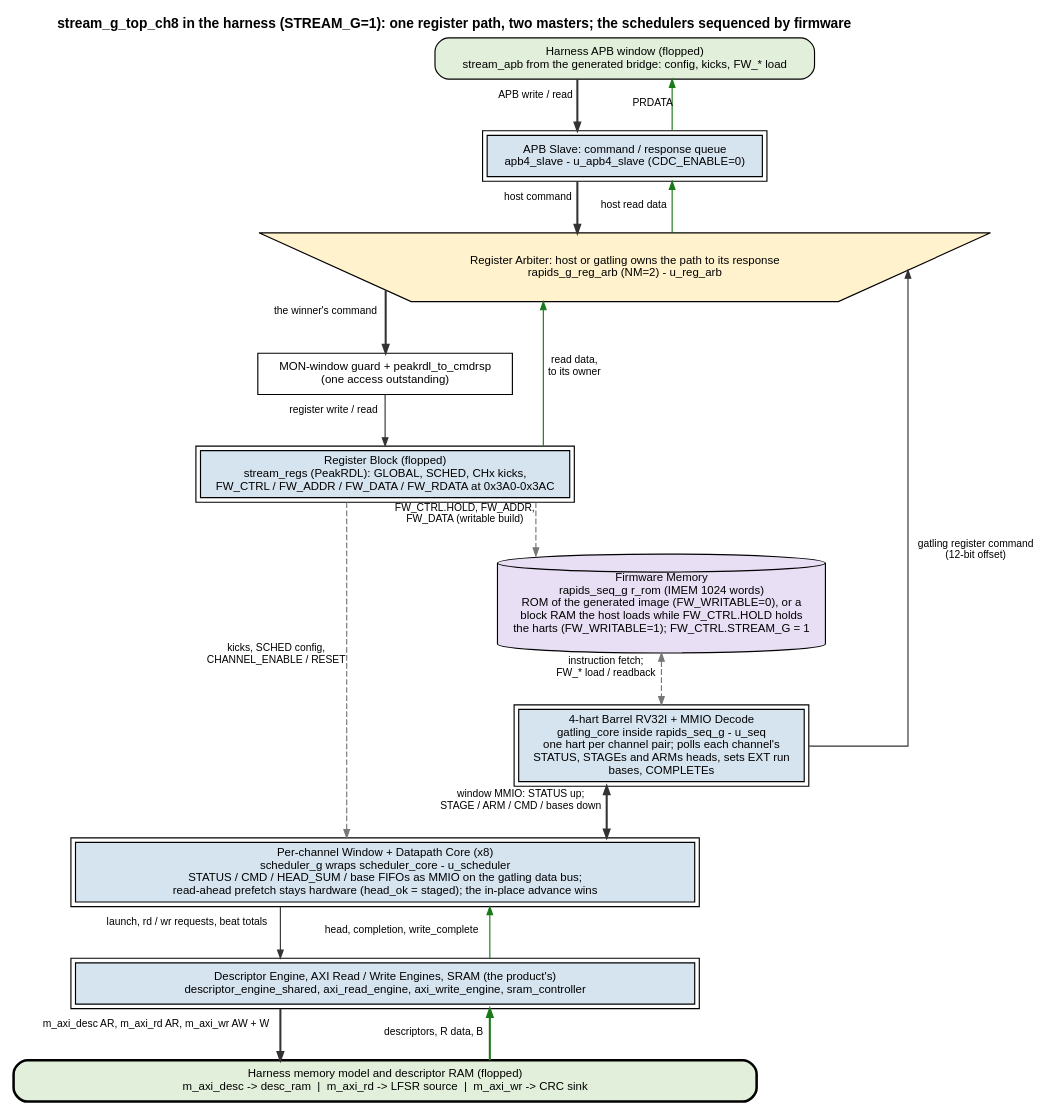
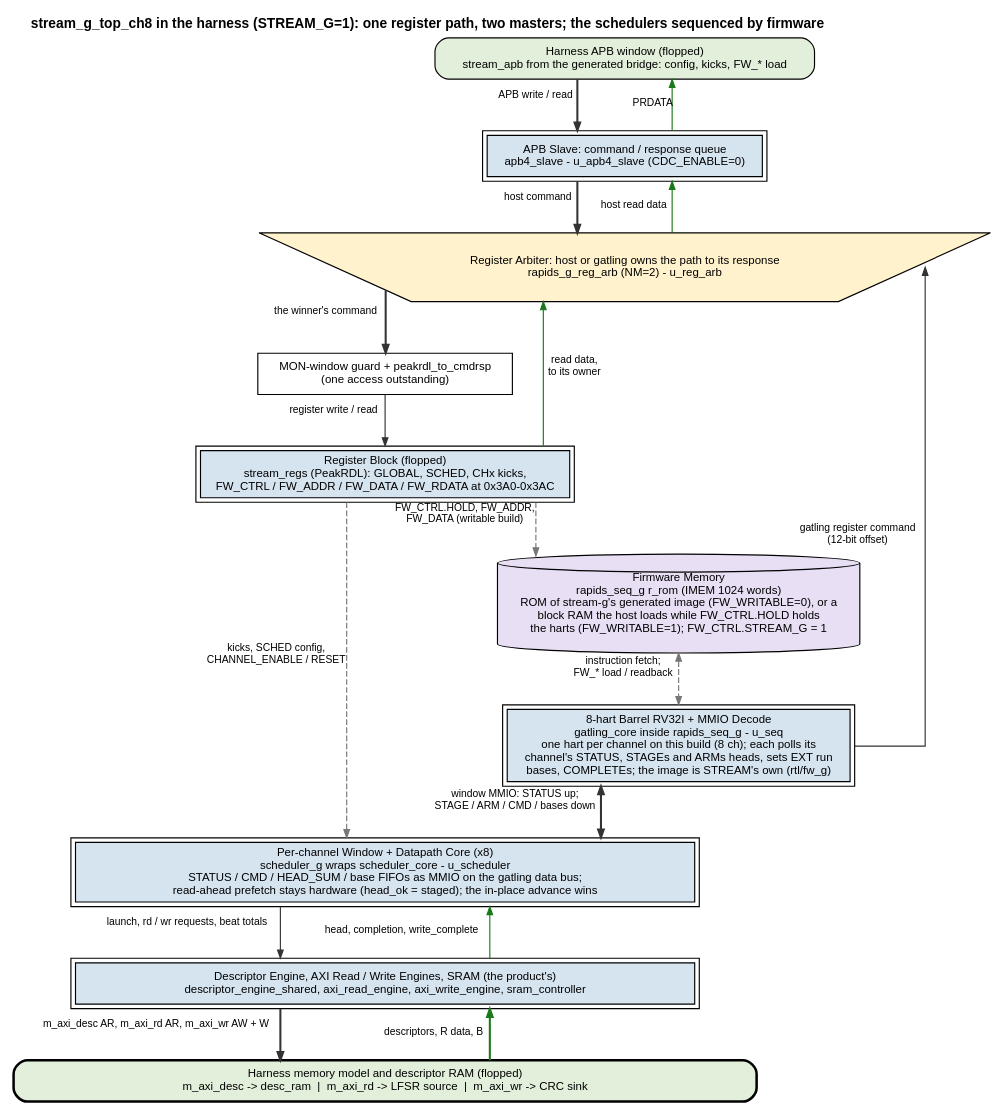
One commit to sean-galloway/RTLDesignSherpa changed the diagram in projects/fpga-systems/Genesys2/dma-ip/stream/docs/stream_fpga_system/assets/graphviz/06_stream_g_dut.dot. Above: the diagram before and after it, drawn with Graphviz. The commit also changed 45 other files, not shown here.

```diff
--- a/projects/fpga-systems/Genesys2/dma-ip/stream/docs/stream_fpga_system/assets/graphviz/06_stream_g_dut.dot
+++ b/projects/fpga-systems/Genesys2/dma-ip/stream/docs/stream_fpga_system/assets/graphviz/06_stream_g_dut.dot
@@ -1,49 +1,49 @@
 // Figure 5.1 -- the stream-g DUT (stream_g_top_ch8) inside the harness, in the
 // house style (vault/handbook/authoring/block-diagrams.md). What the STREAM_G
 // build changes is the register path and the schedulers; the engines, the
 // SRAM and the masters are the product's. Control runs down the center: the
 // host's APB and the gatling's register mailbox meet at the register arbiter
 // (a genuine many-to-one pick, one access owns the path to its response) and
 // enter the one PeakRDL register block; the schedulers' windows are MMIO on
 // the gatling's data bus, not registers. The firmware memory is a ROM, or a
 // block RAM loaded through FW_CTRL/FW_ADDR/FW_DATA with FW_WRITABLE=1. Read
 // data (register reads) climbs the right in green. Sources:
 // stream/rtl/top_g/generated/stream_g_top_ch8.sv, top_g/stream_g_top_reg_arb.svh,
 // top_g/stream_g_top_fw.svh, macro_g/scheduler_group_array_g_seq.svh,
 // rapids/rtl/macro_g/rapids_seq_g.sv, stream/rtl/fub_g/scheduler_g.sv.
 digraph stream_g_dut {
     graph [rankdir=TB, bgcolor="white", fontname="Helvetica", fontsize=12,
            nodesep="0.90", ranksep="0.62", splines=ortho, newrank=true,
            label=<<B>stream_g_top_ch8 in the harness (STREAM_G=1): one register path, two masters; the schedulers sequenced by firmware</B>>, labelloc=t, labeljust=c];
     node  [fontname="Helvetica", fontsize=10, shape=box, style=filled,
            fillcolor="white", color="black", margin="0.12,0.06"];
     edge  [fontname="Helvetica", fontsize=9, color="#333333", arrowsize=0.7];
 
     apb   [group=C, label="Harness APB window (flopped)\nstream_apb from the generated bridge: config, kicks, FW_* load", style="rounded,filled", fillcolor="#E2EFDA"];
     slv   [group=C, label="APB Slave: command / response queue\napb4_slave - u_apb4_slave (CDC_ENABLE=0)", peripheries=2, fillcolor="#D6E4F0"];
     arb   [group=C, label="Register Arbiter: host or gatling owns the path to its response\nrapids_g_reg_arb (NM=2) - u_reg_arb", shape=invtrapezium, width=6.5, fillcolor="#FFF2CC"];
     guard [group=C, label="MON-window guard + peakrdl_to_cmdrsp\n(one access outstanding)", fillcolor="white"];
     regs  [group=C, label="Register Block (flopped)\nstream_regs (PeakRDL): GLOBAL, SCHED, CHx kicks,\nFW_CTRL / FW_ADDR / FW_DATA / FW_RDATA at 0x3A0-0x3AC", peripheries=2, fillcolor="#D6E4F0"];
-    fwmem [group=R, label="Firmware Memory\nrapids_seq_g r_rom (IMEM 1024 words)\nROM of the generated image (FW_WRITABLE=0), or a\nblock RAM the host loads while FW_CTRL.HOLD holds\nthe harts (FW_WRITABLE=1); FW_CTRL.STREAM_G = 1", shape=cylinder, fillcolor="#E8DFF5"];
-    gat   [group=R, label="4-hart Barrel RV32I + MMIO Decode\ngatling_core inside rapids_seq_g - u_seq\none hart per channel pair; polls each channel's\nSTATUS, STAGEs and ARMs heads, sets EXT run\nbases, COMPLETEs", peripheries=2, fillcolor="#D6E4F0"];
+    fwmem [group=R, label="Firmware Memory\nrapids_seq_g r_rom (IMEM 1024 words)\nROM of stream-g's generated image (FW_WRITABLE=0), or a\nblock RAM the host loads while FW_CTRL.HOLD holds\nthe harts (FW_WRITABLE=1); FW_CTRL.STREAM_G = 1", shape=cylinder, fillcolor="#E8DFF5"];
+    gat   [group=R, label="8-hart Barrel RV32I + MMIO Decode\ngatling_core inside rapids_seq_g - u_seq\none hart per channel on this build (8 ch); each polls its\nchannel's STATUS, STAGEs and ARMs heads, sets EXT run\nbases, COMPLETEs; the image is STREAM's own (rtl/fw_g)", peripheries=2, fillcolor="#D6E4F0"];
     win   [group=C, label="Per-channel Window + Datapath Core (x8)\nscheduler_g wraps scheduler_core - u_scheduler\nSTATUS / CMD / HEAD_SUM / base FIFOs as MMIO on the gatling data bus;\nread-ahead prefetch stays hardware (head_ok = staged); the in-place advance wins", peripheries=2, width=7.5, fillcolor="#D6E4F0"];
     eng   [group=C, label="Descriptor Engine, AXI Read / Write Engines, SRAM (the product's)\ndescriptor_engine_shared, axi_read_engine, axi_write_engine, sram_controller", peripheries=2, width=7.5, fillcolor="#D6E4F0"];
     bar   [group=C, label="Harness memory model and descriptor RAM (flopped)\nm_axi_desc -> desc_ram  |  m_axi_rd -> LFSR source  |  m_axi_wr -> CRC sink", style="rounded,filled", fillcolor="#E2EFDA", penwidth=2.2, width=9];
 
     apb   -> slv   [penwidth=1.8, xlabel="APB write / read"];
     slv   -> apb   [color="#1A7A1A", xlabel="PRDATA"];
     slv   -> arb   [penwidth=1.8, xlabel="host command"];
     arb   -> slv   [color="#1A7A1A", xlabel="host read data"];
     arb   -> guard [penwidth=1.8, xlabel="the winner's command"];
     guard -> regs  [xlabel="register write / read"];
     regs  -> arb   [color="#1A7A1A", xlabel="read data,\nto its owner"];
     regs  -> fwmem [style=dashed, color="#777777", xlabel="FW_CTRL.HOLD, FW_ADDR,\nFW_DATA (writable build)"];
     fwmem -> gat   [dir=both, style=dashed, color="#777777", xlabel="instruction fetch;\nFW_* load / readback"];
     gat   -> arb   [xlabel="gatling register command\n(12-bit offset)"];
     regs  -> win   [style=dashed, color="#777777", xlabel="kicks, SCHED config,\nCHANNEL_ENABLE / RESET"];
     gat   -> win   [dir=both, penwidth=1.8, xlabel="window MMIO: STATUS up;\nSTAGE / ARM / CMD / bases down"];
     win   -> eng   [xlabel="launch, rd / wr requests, beat totals"];
     eng   -> win   [color="#1A7A1A", xlabel="head, completion, write_complete"];
     eng   -> bar   [penwidth=1.8, xlabel="m_axi_desc AR, m_axi_rd AR, m_axi_wr AW + W"];
     bar   -> eng   [color="#1A7A1A", penwidth=1.8, xlabel="descriptors, R data, B"];
 }
```
